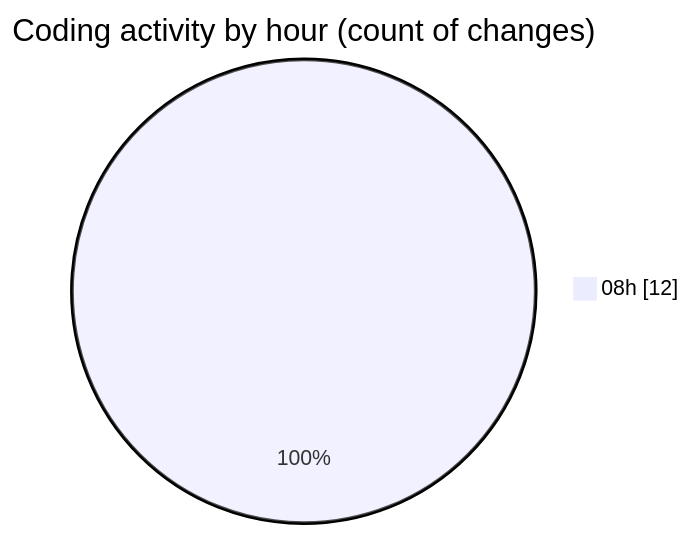
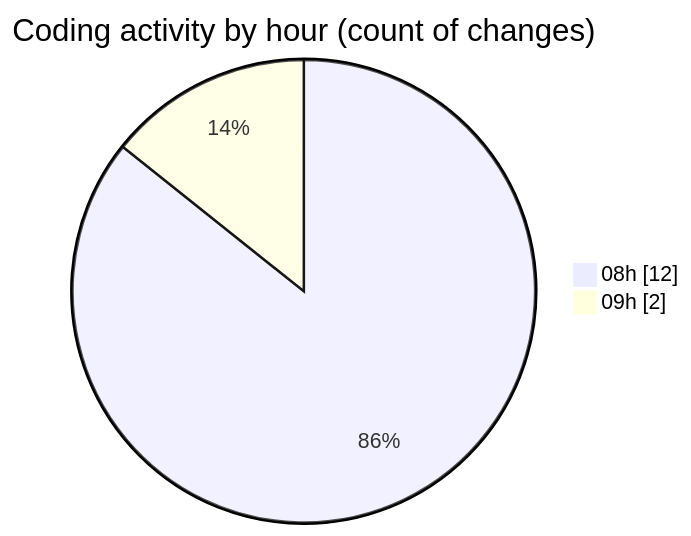
The second of 2 diagrams in 2025-03-10/audiobooks-web/README.md (robertbonfada/code-tracking), drawn with Mermaid before and after one commit. The commit also changed other lines of this file and 1 other file, not shown here.

````diff
--- a/2025-03-10/audiobooks-web/README.md
+++ b/2025-03-10/audiobooks-web/README.md
@@ -34,5 +34,6 @@
 ```mermaid
 pie showData
 title Coding activity by hour (count of changes)
 "08h" : 12
+"09h" : 2
 ```
````
